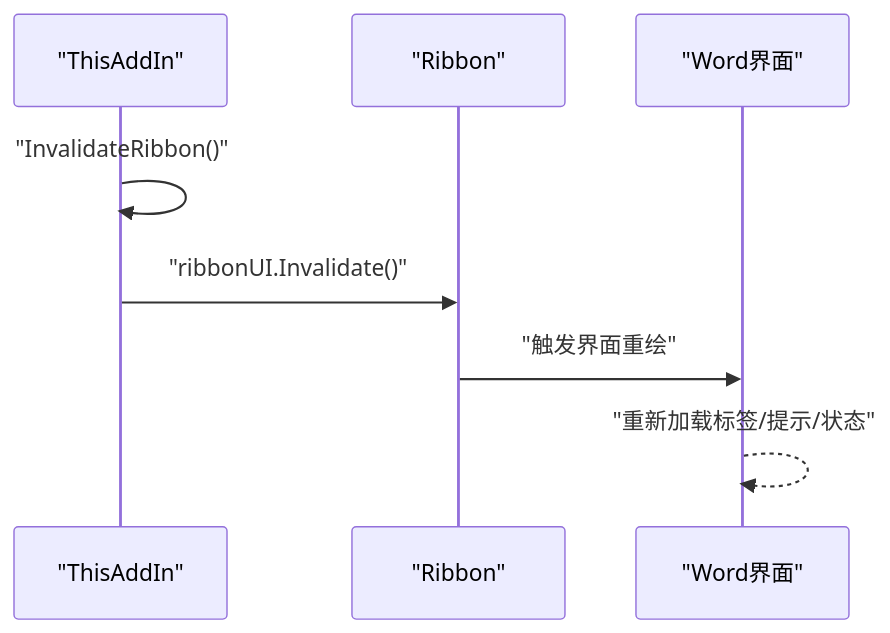
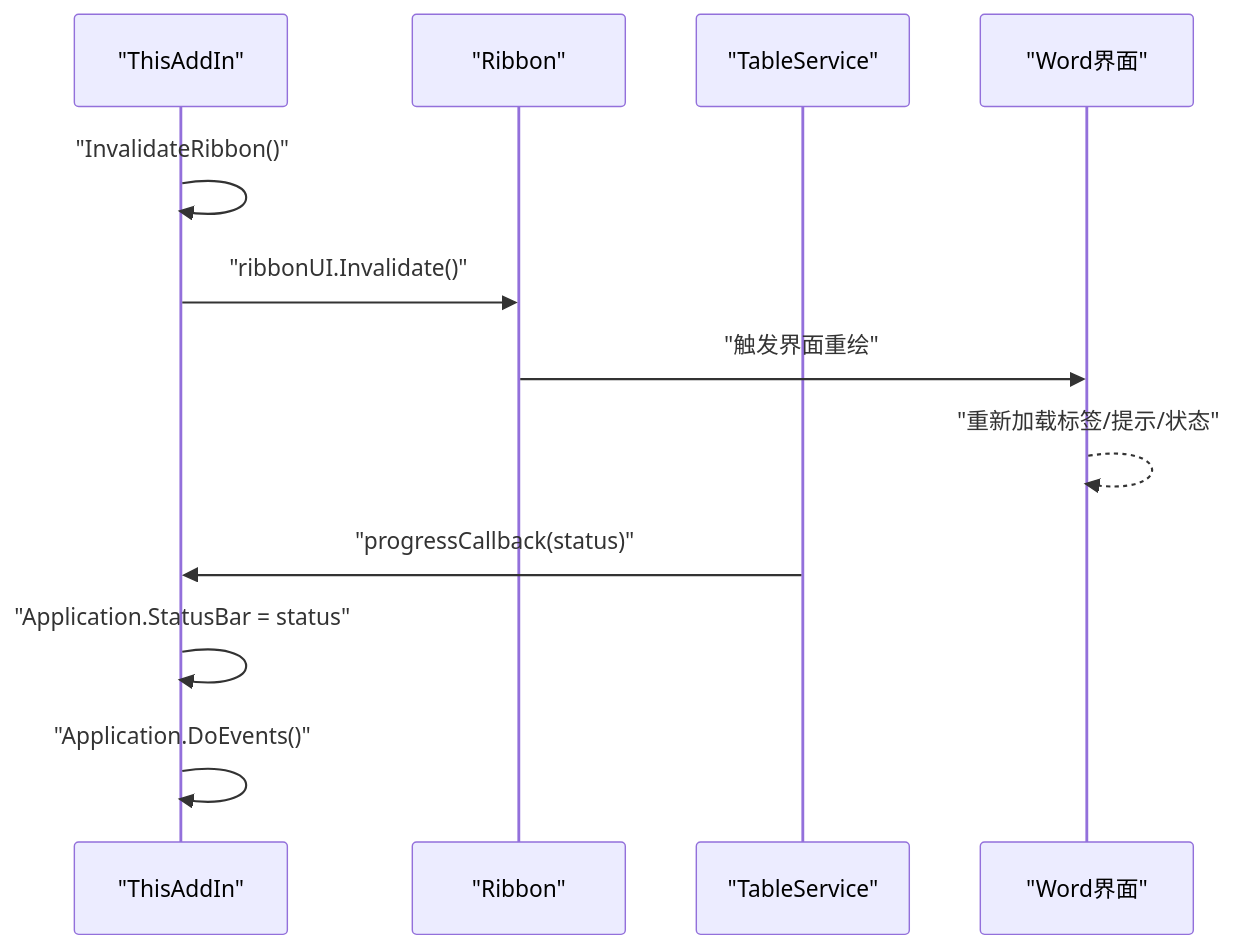
One commit to rainiva/WordTools changed the ninth of 12 diagrams in .qoder/repowiki/zh/content/架构设计/Ribbon界面系统.md. Above: the diagram before and after it, drawn with Mermaid. The commit also changed other lines of this file and 12 other files, not shown here.

````diff
--- a/.qoder/repowiki/zh/content/架构设计/Ribbon界面系统.md
+++ b/.qoder/repowiki/zh/content/架构设计/Ribbon界面系统.md
@@ -336,10 +384,14 @@
 ```mermaid
 sequenceDiagram
 participant AddIn as "ThisAddIn"
 participant Ribbon as "Ribbon"
+participant TableService as "TableService"
 participant UI as "Word界面"
 AddIn->>AddIn : "InvalidateRibbon()"
 AddIn->>Ribbon : "ribbonUI.Invalidate()"
 Ribbon->>UI : "触发界面重绘"
 UI-->>UI : "重新加载标签/提示/状态"
+TableService->>AddIn : "progressCallback(status)"
+AddIn->>AddIn : "Application.StatusBar = status"
+AddIn->>AddIn : "Application.DoEvents()"
 ```
````
